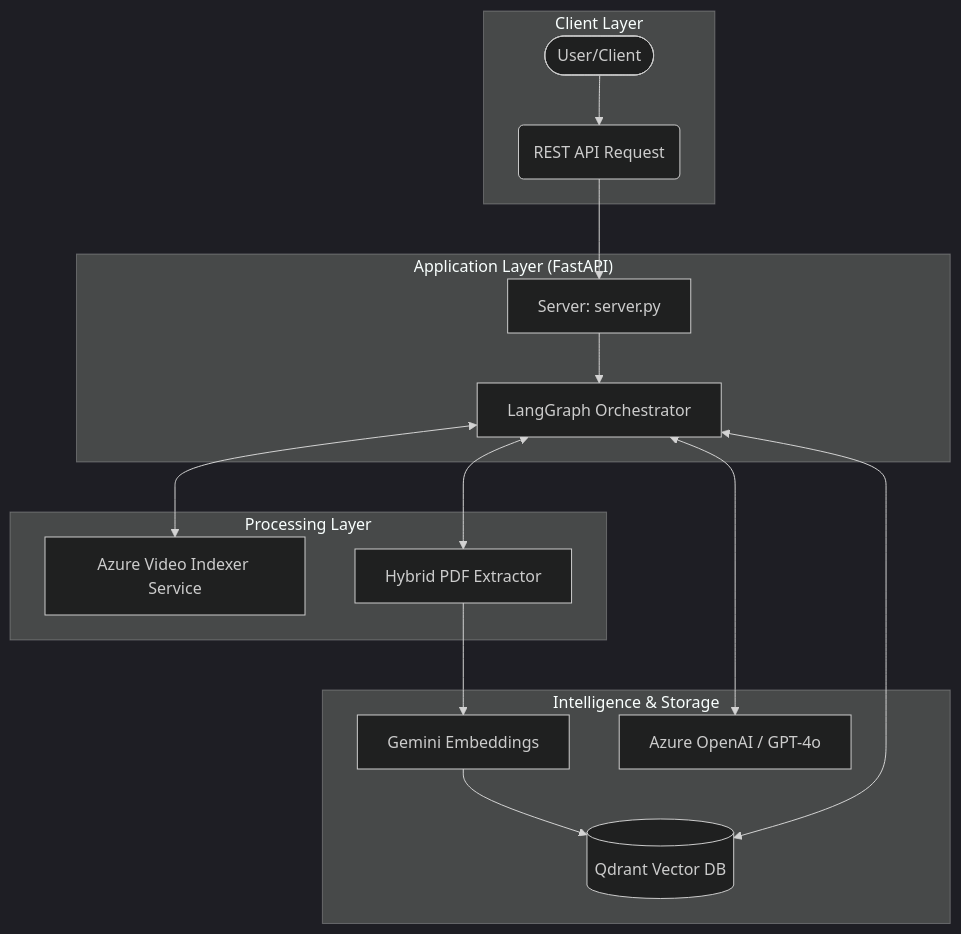
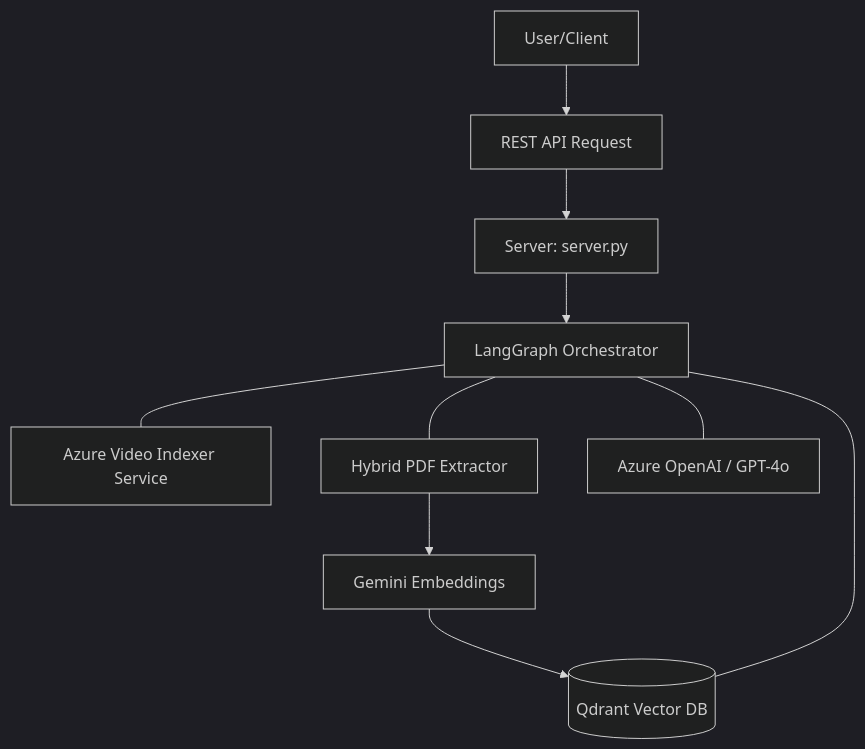
One commit to aammss4444/LLMOPS-Multimodal changed the first of 3 diagrams in ARCHITECTURE.md. Above: the diagram before and after it, drawn with Mermaid (dark theme). The commit also changed other lines of this file and 16 other files, not shown here.

Commit message:
docs: fix mermaid syntax for better rendering compatibility

````diff
--- a/ARCHITECTURE.md
+++ b/ARCHITECTURE.md
@@ -11,36 +11,15 @@
 ```mermaid
-graph TB
-    subgraph "Client Layer"
-        User([User/Client])
-        API_Call(REST API Request)
-    end
+graph TD
+    User[User/Client] --> API_Call[REST API Request]
+    API_Call --> SVR[Server: server.py]
+    SVR --> ORCH[LangGraph Orchestrator]
 
-    subgraph "Application Layer (FastAPI)"
-        SVR[Server: server.py]
-        ORCH[LangGraph Orchestrator]
-    end
-
-    subgraph "Processing Layer"
-        AVI_SVC[Azure Video Indexer Service]
-        EXT_SVC[Hybrid PDF Extractor]
-    end
-
-    subgraph "Intelligence & Storage"
-        EMB[Gemini Embeddings]
-        QDR[(Qdrant Vector DB)]
-        LLM[Azure OpenAI / GPT-4o]
-    end
-
-    User --> API_Call
-    API_Call --> SVR
-    SVR --> ORCH
-
-    ORCH <--> AVI_SVC
-    ORCH <--> EXT_SVC
+    ORCH --- AVI_SVC[Azure Video Indexer Service]
+    ORCH --- EXT_SVC[Hybrid PDF Extractor]
     
-    EXT_SVC --> EMB
-    EMB --> QDR
+    EXT_SVC --> EMB[Gemini Embeddings]
+    EMB --> QDR[(Qdrant Vector DB)]
     
-    ORCH <--> QDR
-    ORCH <--> LLM
+    ORCH --- QDR
+    ORCH --- LLM[Azure OpenAI / GPT-4o]
 ```
````
